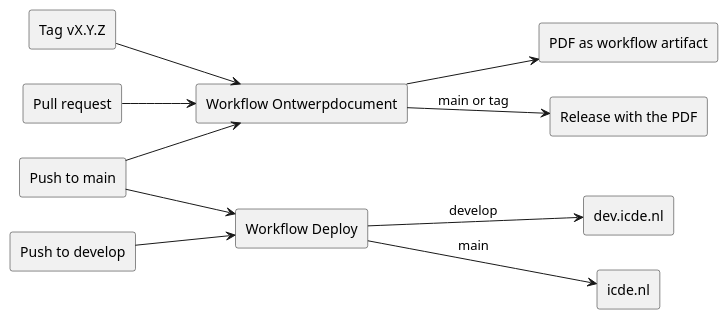
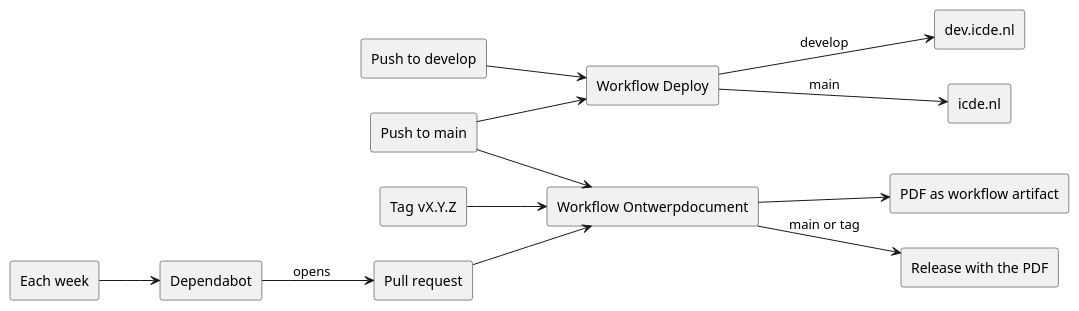
One commit to HAN-Craftsmanship-KL-JJG/casus changed the diagram in docs/diagrams/ci-overview.puml. Above: the diagram before and after it, drawn with PlantUML. The commit also changed 2 other files, not shown here.

Commit message:
docs: add Dependabot to the automation overview
Refs #59

```diff
--- a/docs/diagrams/ci-overview.puml
+++ b/docs/diagrams/ci-overview.puml
@@ -1,31 +1,35 @@
 @startuml ci-overview
 ' Which event starts which automation. Explanation: docs/deployment.md
 skinparam style strictuml
 skinparam shadowing false
 skinparam defaultFontName Helvetica
 left to right direction
 
 rectangle "Pull request" as pr
 rectangle "Push to develop" as develop
 rectangle "Push to main" as main
 rectangle "Tag vX.Y.Z" as tag
+rectangle "Each week" as week
 
 rectangle "Workflow Ontwerpdocument" as doc
 rectangle "Workflow Deploy" as deploy
+rectangle "Dependabot" as bot
 
 rectangle "PDF as workflow artifact" as artifact
 rectangle "Release with the PDF" as release
 rectangle "dev.icde.nl" as dev
 rectangle "icde.nl" as prd
 
 pr --> doc
 main --> doc
 tag --> doc
 develop --> deploy
 main --> deploy
+week --> bot
 
 doc --> artifact
 doc --> release : main or tag
 deploy --> dev : develop
 deploy --> prd : main
+bot --> pr : opens
 @enduml
```
